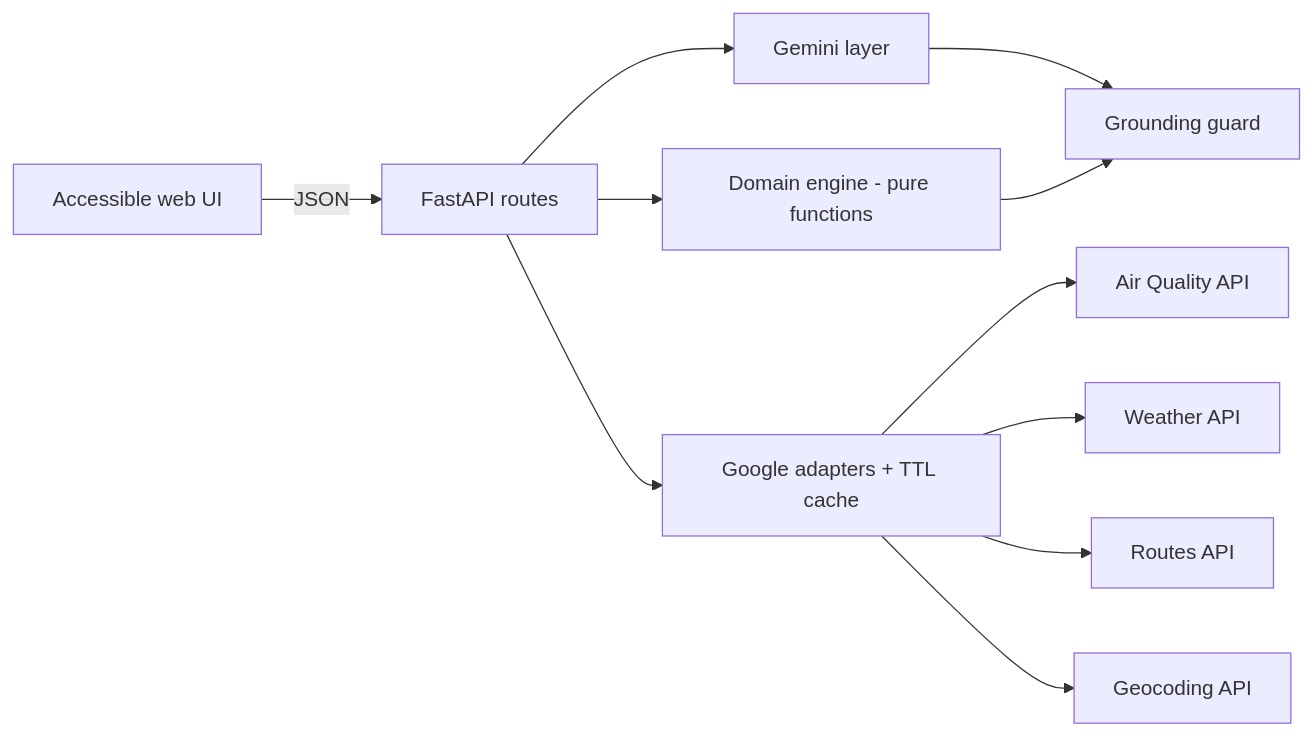
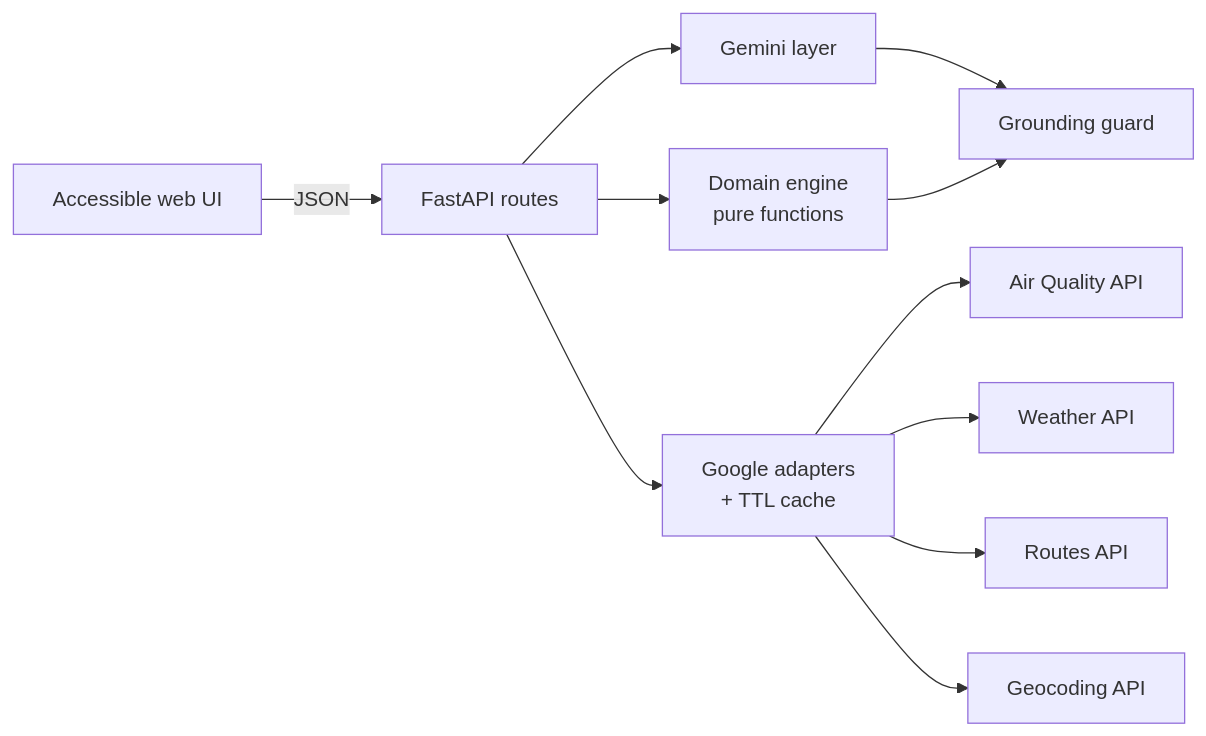
The second of 2 diagrams in README.md (AdityaTummuri/Saans), drawn with Mermaid before and after one commit. The commit also changed other lines of this file and 1 other file, not shown here.

````diff
--- a/README.md
+++ b/README.md
@@ -35,13 +124,13 @@
 ```mermaid
 flowchart LR
   UI[Accessible web UI] -->|JSON| API[FastAPI routes]
-  API --> ENG[Domain engine - pure functions]
-  API --> SVC[Google adapters + TTL cache]
+  API --> ENG[Domain engine<br/>pure functions]
+  API --> SVC[Google adapters<br/>+ TTL cache]
   SVC --> AQ[Air Quality API]
   SVC --> WX[Weather API]
   SVC --> RT[Routes API]
   SVC --> GEO[Geocoding API]
   API --> LLM[Gemini layer]
   LLM --> GRD[Grounding guard]
   ENG --> GRD
 ```
````
